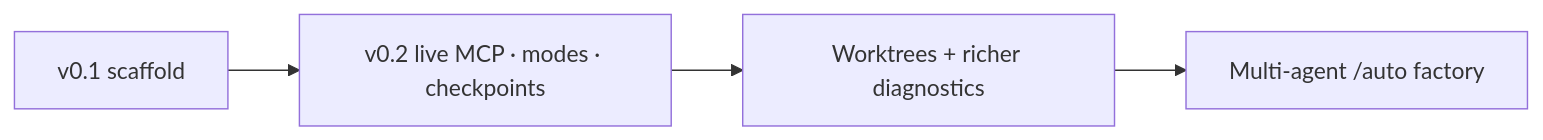
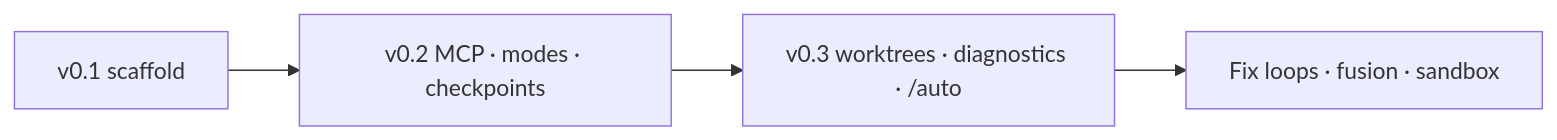
The sixth of 7 diagrams in README.md (ccoussa717/alloy), drawn with Mermaid before and after one commit. The commit also changed other lines of this file and 19 other files, not shown here.

First line of the commit message:
v0.3: worktrees, diagnostics, and /auto multi-agent pipeline.

````diff
--- a/README.md
+++ b/README.md
@@ -391,8 +398,8 @@
 ```mermaid
 flowchart LR
   V01["v0.1 scaffold"]
-  V02["v0.2 live MCP · modes · checkpoints"]
-  B3["Worktrees + richer diagnostics"]
-  B4["Multi-agent /auto factory"]
-  V01 --> V02 --> B3 --> B4
+  V02["v0.2 MCP · modes · checkpoints"]
+  V03["v0.3 worktrees · diagnostics · /auto"]
+  B4["Fix loops · fusion · sandbox"]
+  V01 --> V02 --> V03 --> B4
 ```
````
